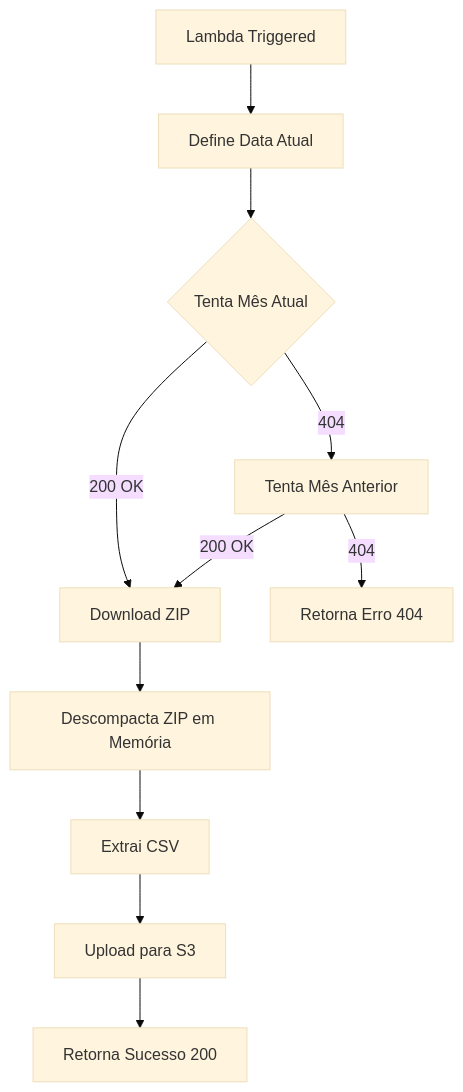
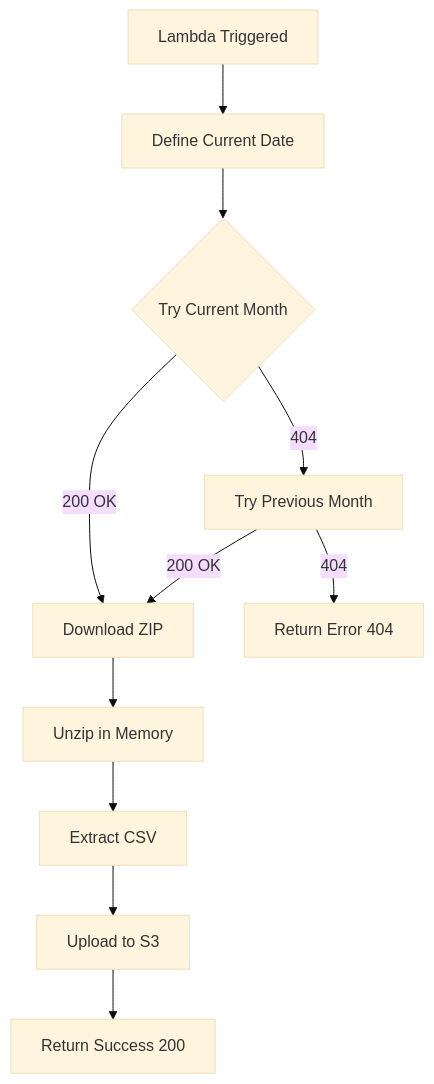
Before and after one commit to GabrielHenriqueCA/cvm-210-data-pipeline: the diagram in docs/lambda_ingestion.md, drawn with Mermaid (base theme). The commit also changed other lines of this file and 7 other files, not shown here.

````diff
--- a/docs/lambda_ingestion.md
+++ b/docs/lambda_ingestion.md
@@ -21,13 +21,13 @@
 ```mermaid
 graph TD
-    A[Lambda Triggered] --> B[Define Data Atual]
-    B --> C{Tenta Mês Atual}
+    A[Lambda Triggered] --> B[Define Current Date]
+    B --> C{Try Current Month}
     C -->|200 OK| D[Download ZIP]
-    C -->|404| E[Tenta Mês Anterior]
+    C -->|404| E[Try Previous Month]
     E -->|200 OK| D
-    E -->|404| F[Retorna Erro 404]
-    D --> G[Descompacta ZIP em Memória]
-    G --> H[Extrai CSV]
-    H --> I[Upload para S3]
-    I --> J[Retorna Sucesso 200]
+    E -->|404| F[Return Error 404]
+    D --> G[Unzip in Memory]
+    G --> H[Extract CSV]
+    H --> I[Upload to S3]
+    I --> J[Return Success 200]
 ```
````
